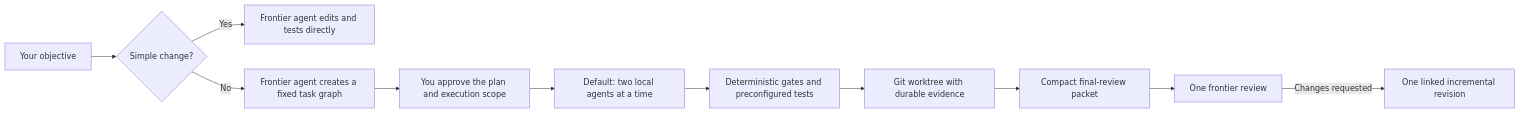
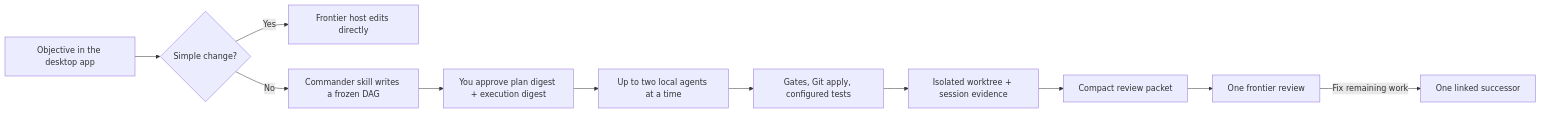
One commit to fbzz/mlx-swarm changed the diagram in README.md. Above: the diagram before and after it, drawn with Mermaid. The commit also changed other lines of this file and 68 other files, not shown here.

First line of the commit message:
Ship the desktop app, skill map, and public landing page.

````diff
--- a/README.md
+++ b/README.md
@@ -67,13 +86,13 @@
 ```mermaid
 flowchart LR
-    A["Your objective"] --> R{"Simple change?"}
-    R -->|"Yes"| D["Frontier agent edits and tests directly"]
-    R -->|"No"| P["Frontier agent creates a fixed task graph"]
-    P --> H["You approve the plan and execution scope"]
-    H --> L["Default: two local agents at a time"]
-    L --> G["Deterministic gates and preconfigured tests"]
-    G --> W["Git worktree with durable evidence"]
-    W --> C["Compact final-review packet"]
+    A["Objective in the desktop app"] --> R{"Simple change?"}
+    R -->|"Yes"| D["Frontier host edits directly"]
+    R -->|"No"| P["Commander skill writes a frozen DAG"]
+    P --> H["You approve plan digest + execution digest"]
+    H --> L["Up to two local agents at a time"]
+    L --> G["Gates, Git apply, configured tests"]
+    G --> W["Isolated worktree + session evidence"]
+    W --> C["Compact review packet"]
     C --> F["One frontier review"]
-    F -->|"Changes requested"| I["One linked incremental revision"]
+    F -->|"Fix remaining work"| I["One linked successor"]
 ```
````
